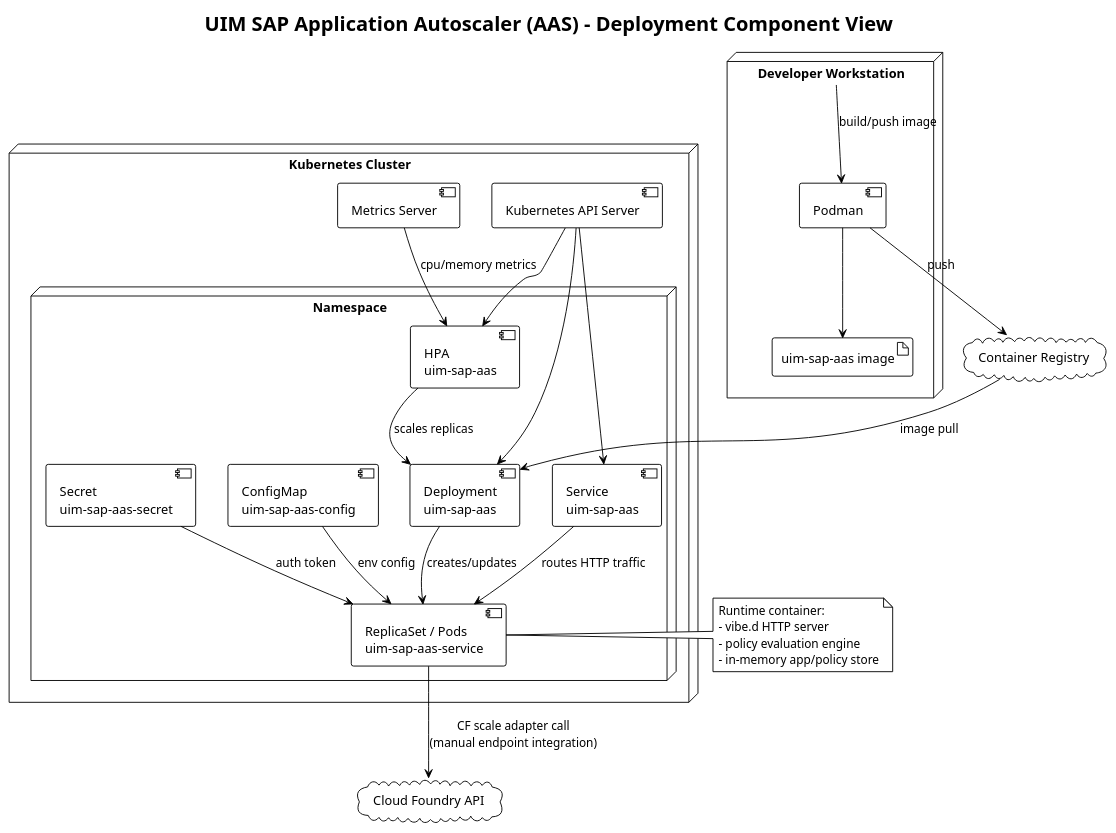
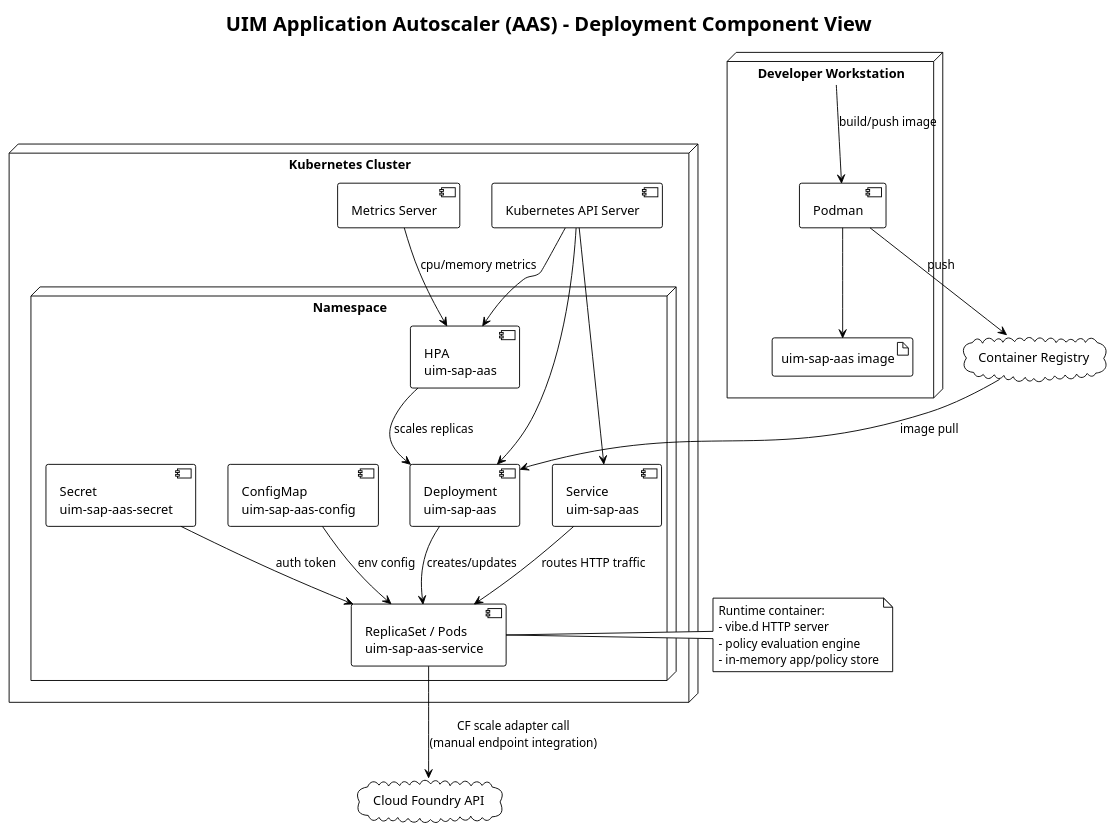
Before and after one commit to UIMSolutions/uim-sap-services: the diagram in application-autoscaler/docs/uml/component-deployment-view.puml, drawn with PlantUML. The commit also changed 172 other files, not shown here.

```diff
--- a/application-autoscaler/docs/uml/component-deployment-view.puml
+++ b/application-autoscaler/docs/uml/component-deployment-view.puml
@@ -1,53 +1,53 @@
 @startuml
 !theme plain
 
-title UIM SAP Application Autoscaler (AAS) - Deployment Component View
+title UIM Application Autoscaler (AAS) - Deployment Component View
 
 node "Developer Workstation" as DevHost {
   component "Podman" as Podman
   artifact "uim-sap-aas image" as Image
 }
 
 cloud "Container Registry" as Registry
 
 node "Kubernetes Cluster" as Cluster {
   node "Namespace" as Namespace {
     component "Deployment\nuim-sap-aas" as Deployment
     component "ReplicaSet / Pods\nuim-sap-aas-service" as Pods
     component "Service\nuim-sap-aas" as Service
     component "HPA\nuim-sap-aas" as HPA
     component "ConfigMap\nuim-sap-aas-config" as ConfigMap
     component "Secret\nuim-sap-aas-secret" as Secret
   }
 
   component "Metrics Server" as Metrics
   component "Kubernetes API Server" as K8sAPI
 }
 
 cloud "Cloud Foundry API" as CFAPI
 
 DevHost --> Podman : build/push image
 Podman --> Image
 Podman --> Registry : push
 Registry --> Deployment : image pull
 
 Deployment --> Pods : creates/updates
 ConfigMap --> Pods : env config
 Secret --> Pods : auth token
 Service --> Pods : routes HTTP traffic
 HPA --> Deployment : scales replicas
 Metrics --> HPA : cpu/memory metrics
 
 Pods --> CFAPI : CF scale adapter call\n(manual endpoint integration)
 K8sAPI --> Deployment
 K8sAPI --> Service
 K8sAPI --> HPA
 
 note right of Pods
 Runtime container:
 - vibe.d HTTP server
 - policy evaluation engine
 - in-memory app/policy store
 end note
 
 @enduml
```
